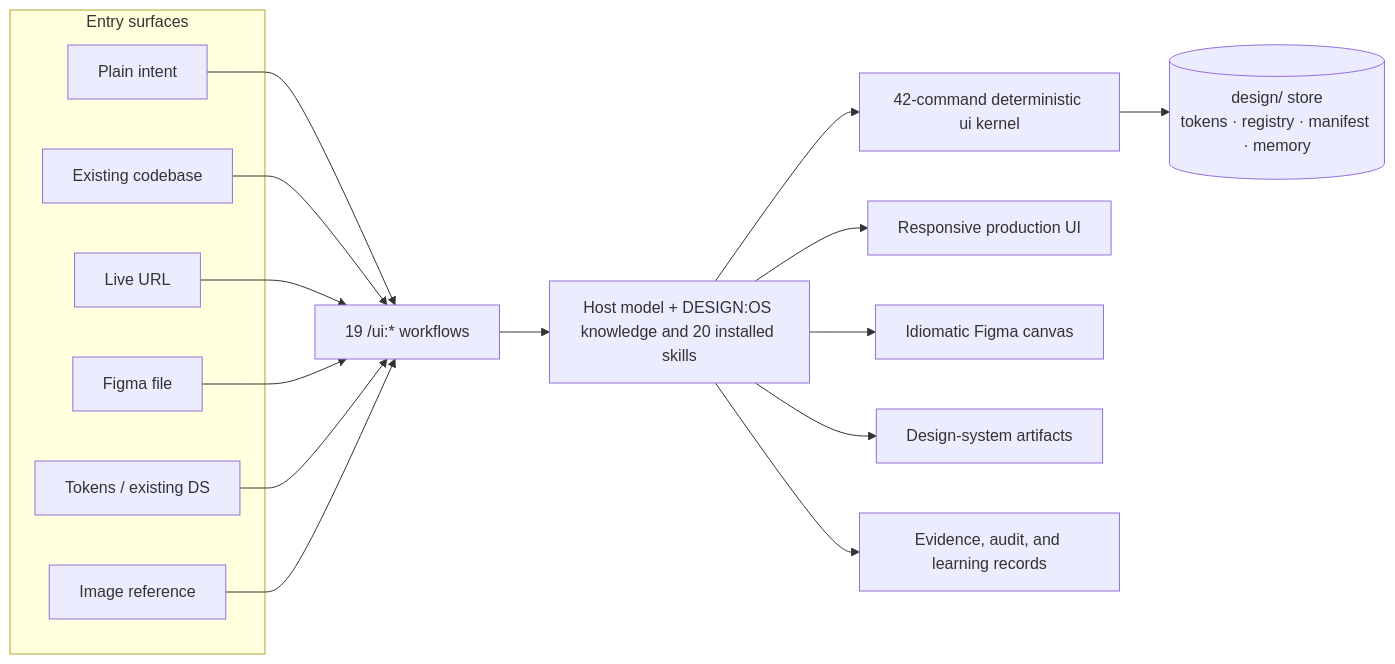
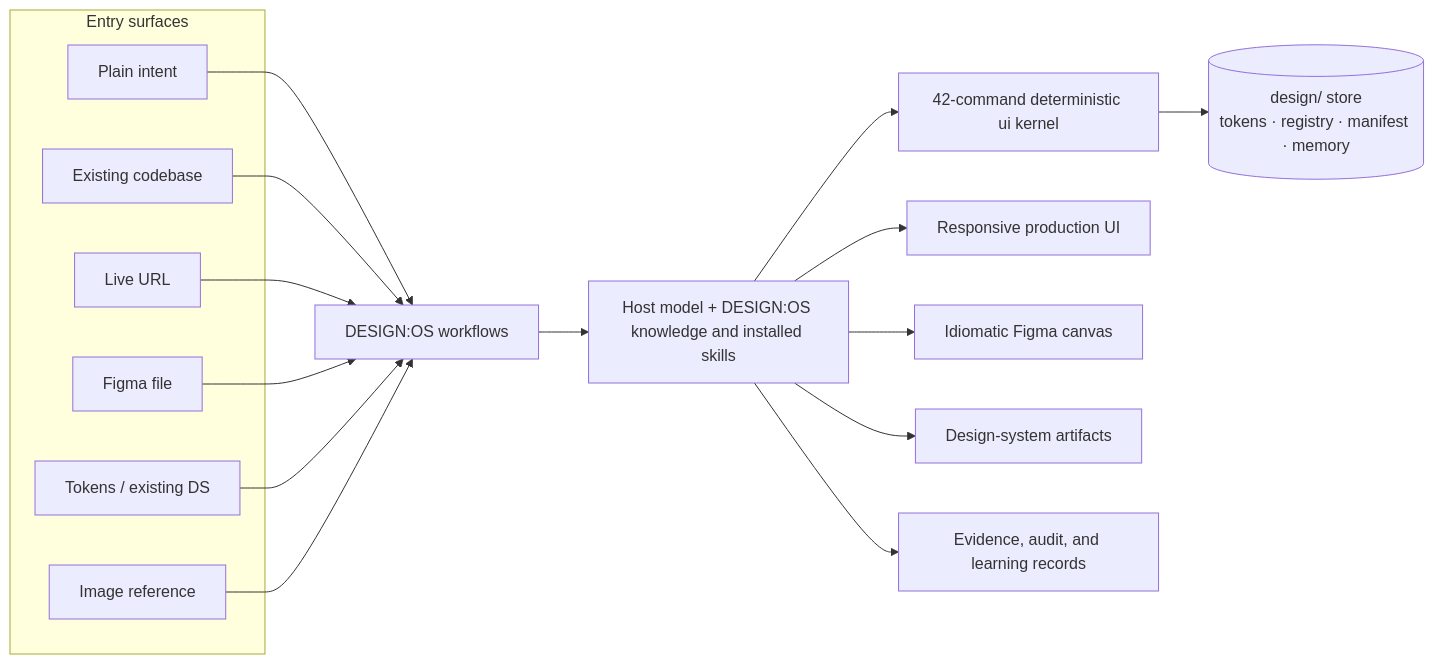
Before and after one commit to jangtrinh/design-os: the second of 2 diagrams in README.md, drawn with Mermaid. The commit also changed other lines of this file and 47 other files, not shown here.

````diff
--- a/README.md
+++ b/README.md
@@ -779,24 +786,24 @@
 ```mermaid
 flowchart LR
     subgraph IN["Entry surfaces"]
       E1["Plain intent"]
       E2["Existing codebase"]
       E3["Live URL"]
       E4["Figma file"]
       E5["Tokens / existing DS"]
       E6["Image reference"]
     end
-    E1 --> W["19 /ui:* workflows"]
+    E1 --> W["DESIGN:OS workflows"]
     E2 --> W
     E3 --> W
     E4 --> W
     E5 --> W
     E6 --> W
-    W --> H["Host model + DESIGN:OS knowledge and 20 installed skills"]
+    W --> H["Host model + DESIGN:OS knowledge and installed skills"]
     H --> K["42-command deterministic ui kernel"]
     H --> O1["Responsive production UI"]
     H --> O2["Idiomatic Figma canvas"]
     H --> O3["Design-system artifacts"]
     H --> O4["Evidence, audit, and learning records"]
     K --> DS[("design/ store<br/>tokens · registry · manifest · memory")]
 ```
````
